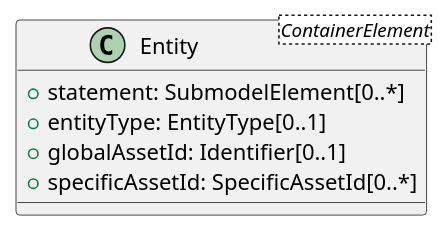
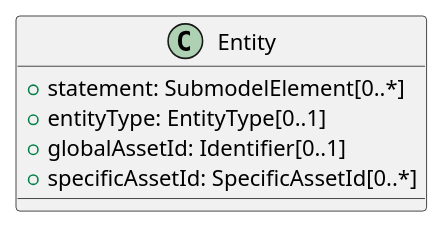
Before and after one commit to admin-shell-io/aas-specs: the diagram in documentation/IDTA-01001/modules/ROOT/partials/diagrams/classes/entity.puml, drawn with PlantUML. The commit also changed 13 other files, not shown here.

Commit message:
Revert introduction of ContainerElement submodel element class (#333)

```diff
--- a/documentation/IDTA-01001/modules/ROOT/partials/diagrams/classes/entity.puml
+++ b/documentation/IDTA-01001/modules/ROOT/partials/diagrams/classes/entity.puml
@@ -1,8 +1,8 @@
 @startuml
-class Entity<ContainerElement> {
+class Entity {
   +statement: SubmodelElement[0..*]
   +entityType: EntityType[0..1]
   +globalAssetId: Identifier[0..1]
   +specificAssetId: SpecificAssetId[0..*]
 }
 @enduml
```
